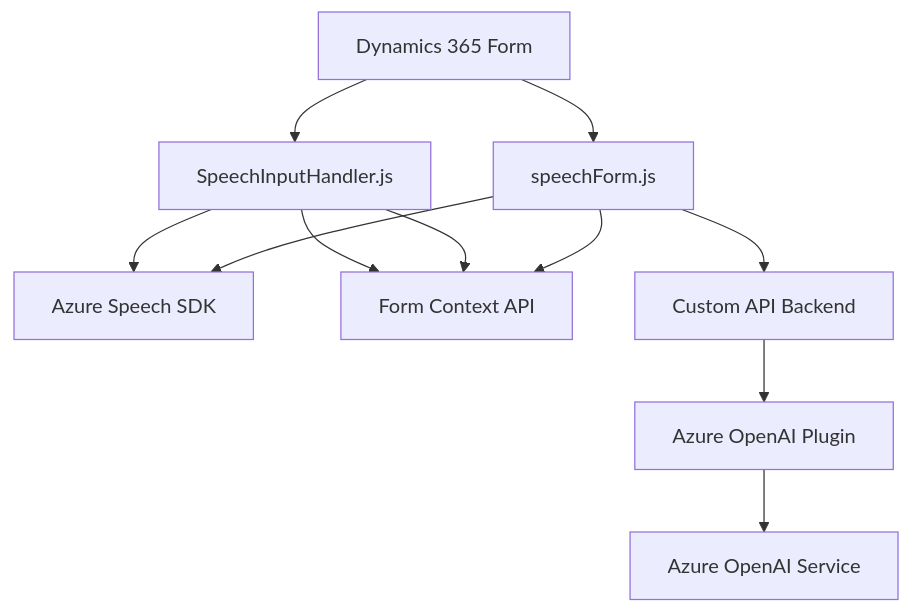
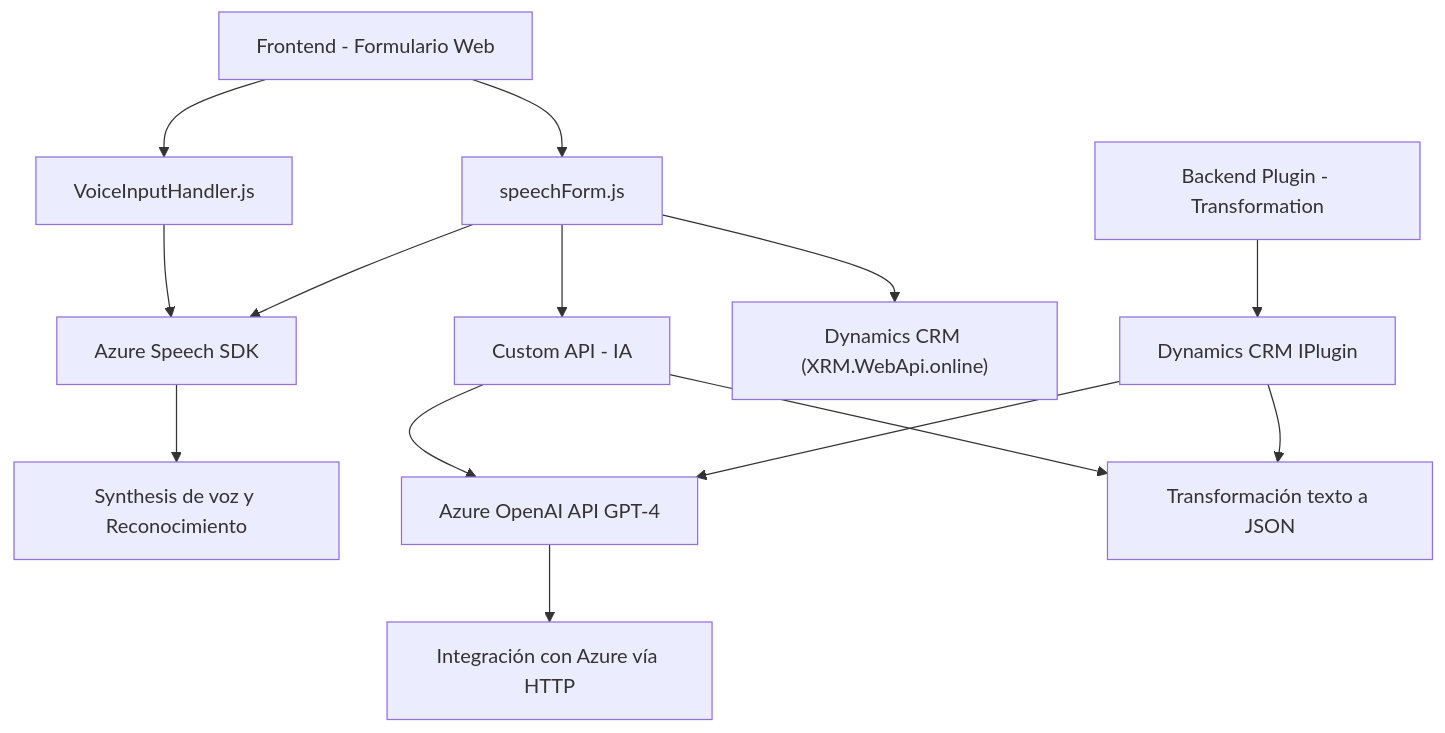
One commit to blopezdm/NETCORE_BILBAO2025 changed the diagram in README.md. Above: the diagram before and after it, drawn with Mermaid. The commit also changed other lines of this file, not shown here.

Commit message:
Actualizar análisis global de la solución con IA

````diff
--- a/README.md
+++ b/README.md
@@ -45,13 +38,17 @@
 ```mermaid
 graph TD
-    A["Dynamics 365 Form"] --> B["SpeechInputHandler.js"]
+    A["Frontend - Formulario Web"] --> B["VoiceInputHandler.js"]
     A --> C["speechForm.js"]
     B --> D["Azure Speech SDK"]
     C --> D
-    B --> E["Form Context API"]
-    C --> F["Custom API Backend"]
-    F --> G["Azure OpenAI Plugin"]
-    G --> H["Azure OpenAI Service"]
-    B --> E
-    C --> E
+    D --> F["Synthesis de voz y Reconocimiento"]
+    C --> G["Custom API - IA"]
+    G --> H["Azure OpenAI API GPT-4"]
+    G --> I["Transformación texto a JSON"]
+    H --> J["Integración con Azure vía HTTP"]
+    C --> K["Dynamics CRM (XRM.WebApi.online)"]
+
+    L["Backend Plugin - Transformation"] --> M["Dynamics CRM IPlugin"]
+    M --> H
+    M --> I
 ```
````
